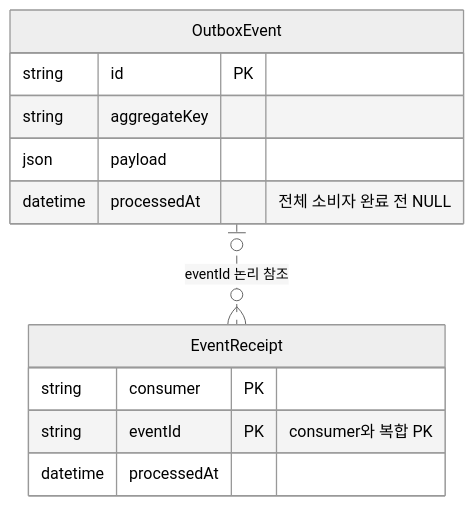
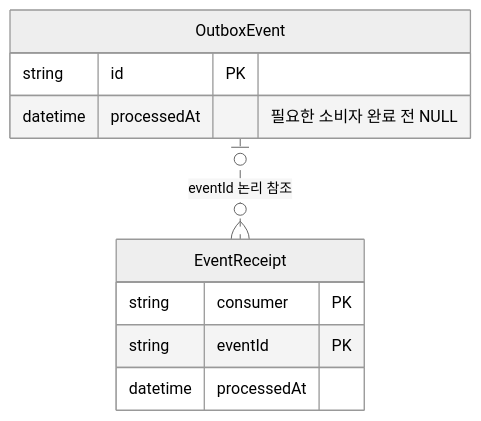
One commit to luke0408/blog-erd changed the fifth of 10 diagrams in docs/request-failure-management.md. Above: the diagram before and after it, drawn with Mermaid (neutral theme). The commit also changed other lines of this file and 5 other files, not shown here.

Commit message:
docs(erd): reorder student questions by design requirements

````diff
--- a/docs/request-failure-management.md
+++ b/docs/request-failure-management.md
@@ -151,15 +160,13 @@
 ```mermaid
 erDiagram
     OutboxEvent {
         string id PK
-        string aggregateKey
-        json payload
-        datetime processedAt "전체 소비자 완료 전 NULL"
+        datetime processedAt "필요한 소비자 완료 전 NULL"
     }
     EventReceipt {
         string consumer PK
-        string eventId PK "consumer와 복합 PK"
+        string eventId PK
         datetime processedAt
     }
     OutboxEvent |o..o{ EventReceipt : "eventId 논리 참조"
 ```
````
